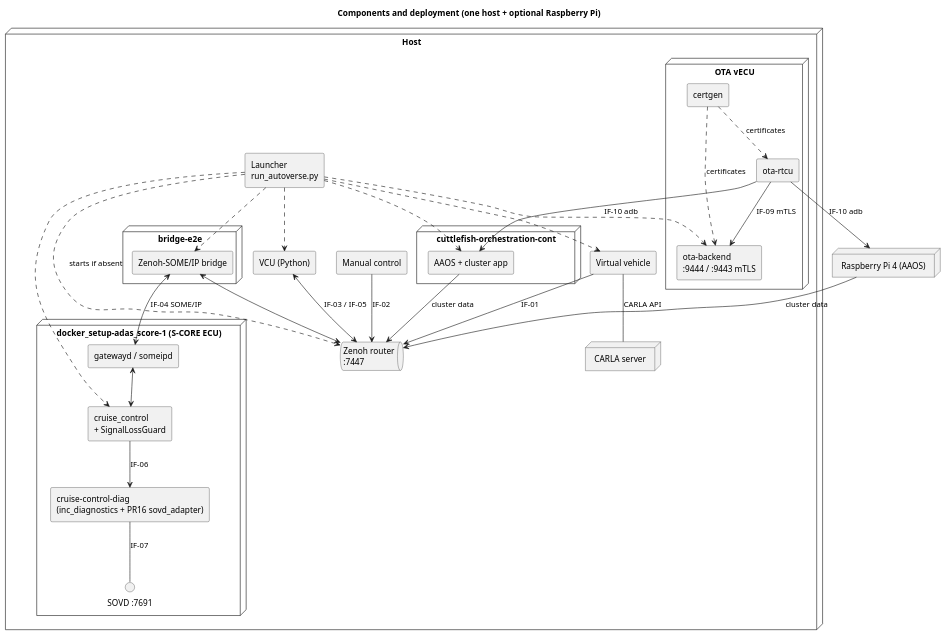
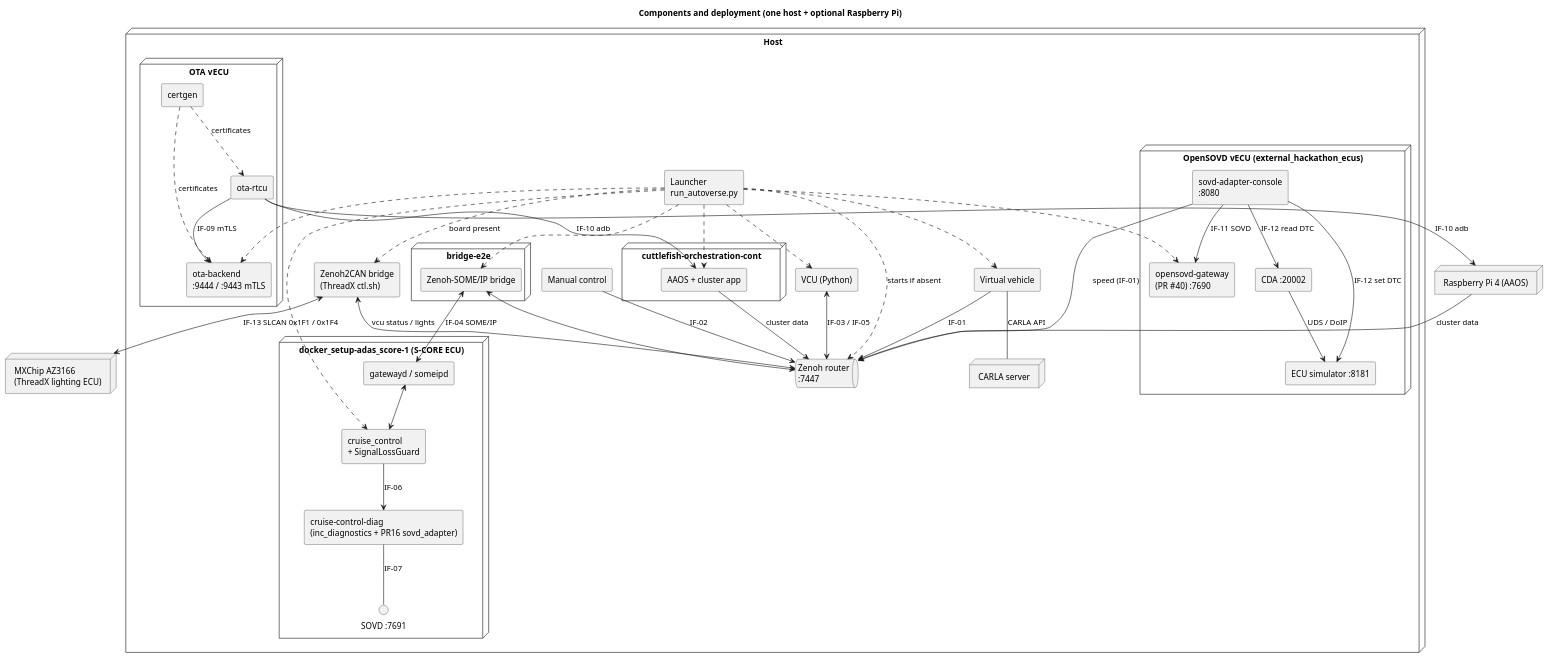
One commit to Eclipse-SDV-Hackathon-Chapter-Four/Thinking_CAPs changed the diagram in demo/X-Verse/aspice/swe2-architecture/diagrams/components.puml. Above: the diagram before and after it, drawn with PlantUML. The commit also changed 25 other files, not shown here.

```diff
--- a/demo/X-Verse/aspice/swe2-architecture/diagrams/components.puml
+++ b/demo/X-Verse/aspice/swe2-architecture/diagrams/components.puml
@@ -1,54 +1,71 @@
 @startuml components
 title Components and deployment (one host + optional Raspberry Pi)
 skinparam shadowing false
 skinparam componentStyle rectangle
 node "Host" {
   component "Launcher\nrun_autoverse.py" as L
   queue "Zenoh router\n:7447" as Z
   node "CARLA server" as CS
   component "Virtual vehicle" as VV
   component "Manual control" as MC
   component "VCU (Python)" as VCU
   node "bridge-e2e" {
     component "Zenoh–SOME/IP bridge" as BR
   }
   node "docker_setup-adas_score-1 (S-CORE ECU)" {
     component "cruise_control\n+ SignalLossGuard" as CC
     component "gatewayd / someipd" as GW
     component "cruise-control-diag\n(inc_diagnostics + PR16 sovd_adapter)" as DIAG
     interface "SOVD :7691" as SOVD
   }
   node "OTA vECU" {
     component "certgen" as CG
     component "ota-backend\n:9444 / :9443 mTLS" as BE
     component "ota-rtcu" as RTCU
   }
   node "cuttlefish-orchestration-cont" {
     component "AAOS + cluster app" as CF
   }
+  node "OpenSOVD vECU (external_hackathon_ecus)" {
+    component "opensovd-gateway\n(PR #40) :7690" as OG
+    component "sovd-adapter-console\n:8080" as CON
+    component "CDA :20002" as CDA
+    component "ECU simulator :8181" as SIM
+  }
+  component "Zenoh2CAN bridge\n(ThreadX ctl.sh)" as Z2C
 }
+node "MXChip AZ3166\n(ThreadX lighting ECU)" as AZ
 node "Raspberry Pi 4 (AAOS)" as PI
 L ..> Z : starts if absent
 L ..> VV
 L ..> VCU
 L ..> BR
 L ..> CC
 L ..> BE
 L ..> CF
+L ..> OG
+L ..> Z2C : board present
 VV -- CS : CARLA API
 VV --> Z : IF-01
 MC --> Z : IF-02
 VCU <--> Z : IF-03 / IF-05
 BR <--> Z
 BR <--> GW : IF-04 SOME/IP
 GW <--> CC
 CC --> DIAG : IF-06
 DIAG -- SOVD : IF-07
 CG ..> BE : certificates
 CG ..> RTCU : certificates
 RTCU --> BE : IF-09 mTLS
 RTCU --> CF : IF-10 adb
 RTCU --> PI : IF-10 adb
 CF --> Z : cluster data
 PI --> Z : cluster data
+CON --> Z : speed (IF-01)
+CON --> OG : IF-11 SOVD
+CON --> SIM : IF-12 set DTC
+CON --> CDA : IF-12 read DTC
+CDA --> SIM : UDS / DoIP
+Z2C <--> Z : vcu status / lights
+Z2C <--> AZ : IF-13 SLCAN 0x1F1 / 0x1F4
 @enduml
```
